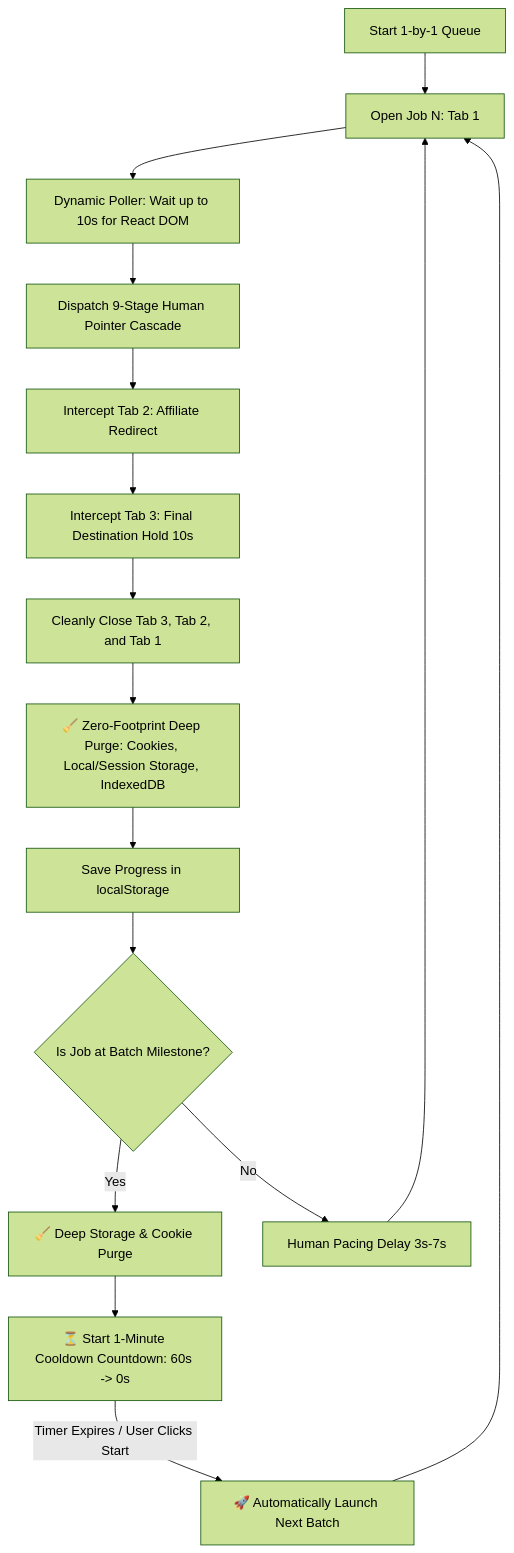
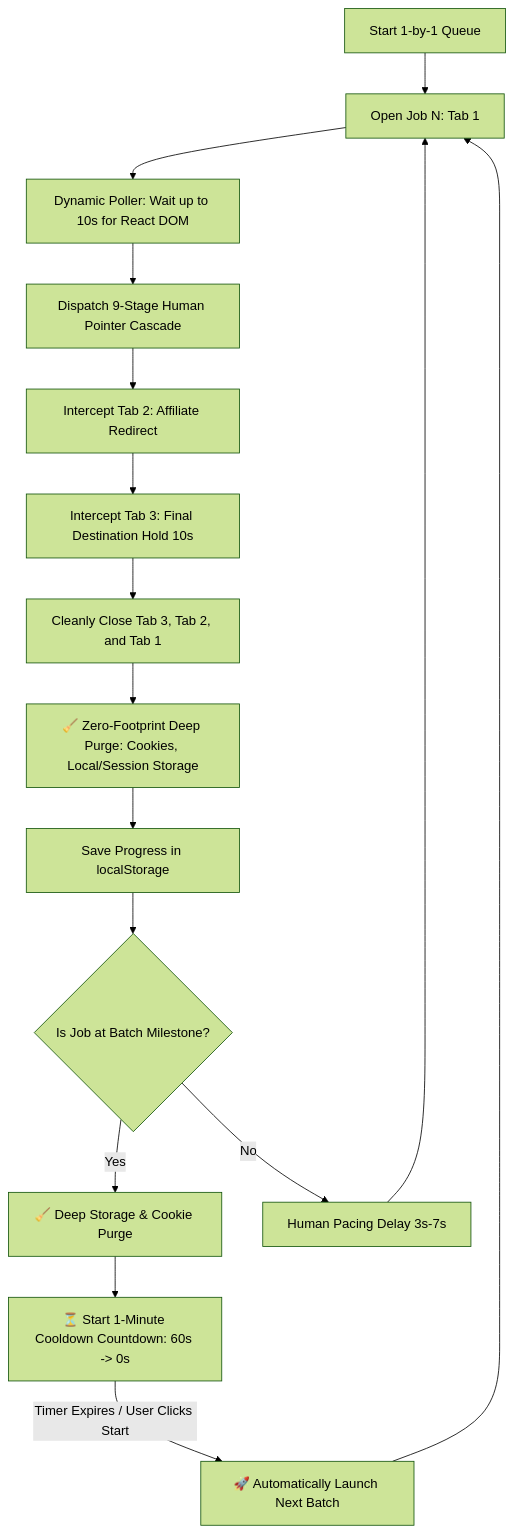
Before and after one commit to Naman-mahi/zero-footprint: the diagram in docs/auto-applier.md, drawn with Mermaid (forest theme). The commit also changed other lines of this file and 13 other files, not shown here.

````diff
--- a/docs/auto-applier.md
+++ b/docs/auto-applier.md
@@ -13,18 +13,18 @@
 ```mermaid
 flowchart TD
     A[Start 1-by-1 Queue] --> B[Open Job N: Tab 1]
     B --> C[Dynamic Poller: Wait up to 10s for React DOM]
     C --> D[Dispatch 9-Stage Human Pointer Cascade]
     D --> E[Intercept Tab 2: Affiliate Redirect]
     E --> F[Intercept Tab 3: Final Destination Hold 10s]
     F --> G[Cleanly Close Tab 3, Tab 2, and Tab 1]
-    G --> H[🧹 Zero-Footprint Deep Purge: Cookies, Local/Session Storage, IndexedDB]
+    G --> H[🧹 Zero-Footprint Deep Purge: Cookies, Local/Session Storage]
     H --> I[Save Progress in localStorage]
     I --> J{Is Job at Batch Milestone?}
     J -->|Yes| K[🧹 Deep Storage & Cookie Purge]
     K --> L[⏳ Start 1-Minute Cooldown Countdown: 60s -> 0s]
     L -->|Timer Expires / User Clicks Start| M[🚀 Automatically Launch Next Batch]
     M --> B
     J -->|No| N[Human Pacing Delay 3s-7s]
     N --> B
 ```
````
